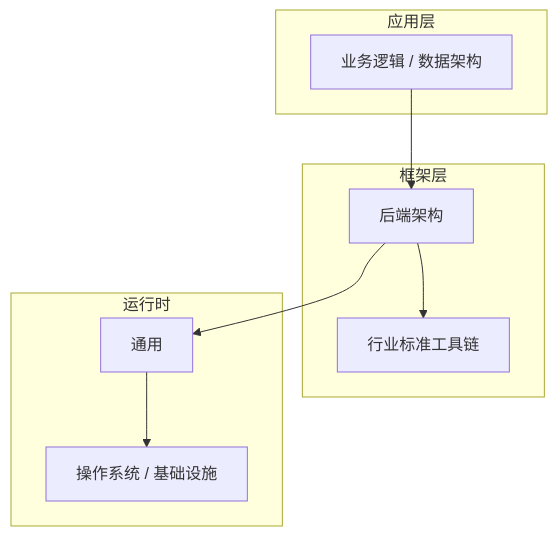
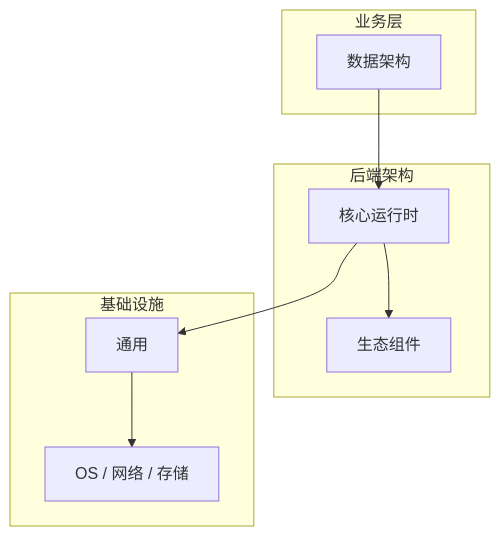
Before and after one commit to yanggan2015/knowledge-json-v2: the diagram in articles/后端架构/chapters/065-数据架构核心概念与原理.md, drawn with Mermaid. The commit also changed other lines of this file and 10127 other files, not shown here.

````diff
--- a/articles/后端架构/chapters/065-数据架构核心概念与原理.md
+++ b/articles/后端架构/chapters/065-数据架构核心概念与原理.md
@@ -45,18 +34,18 @@
 ```mermaid
 graph TB
-    subgraph 应用层
-        A[业务逻辑 / 数据架构]
+    subgraph 业务层
+        A[数据架构]
     end
-    subgraph 框架层
-        B[后端架构]
-        C[行业标准工具链]
+    subgraph 后端架构
+        B[核心运行时]
+        C[生态组件]
     end
-    subgraph 运行时
+    subgraph 基础设施
         D[通用]
-        E[操作系统 / 基础设施]
+        E[OS / 网络 / 存储]
     end
     A --> B
     B --> C
     B --> D
     D --> E
 ```
````
